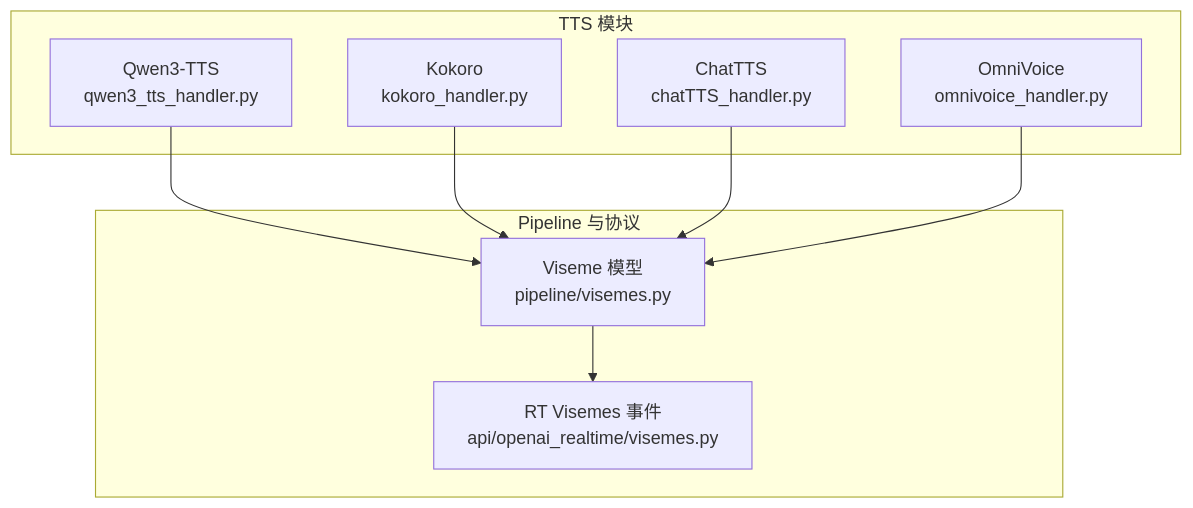
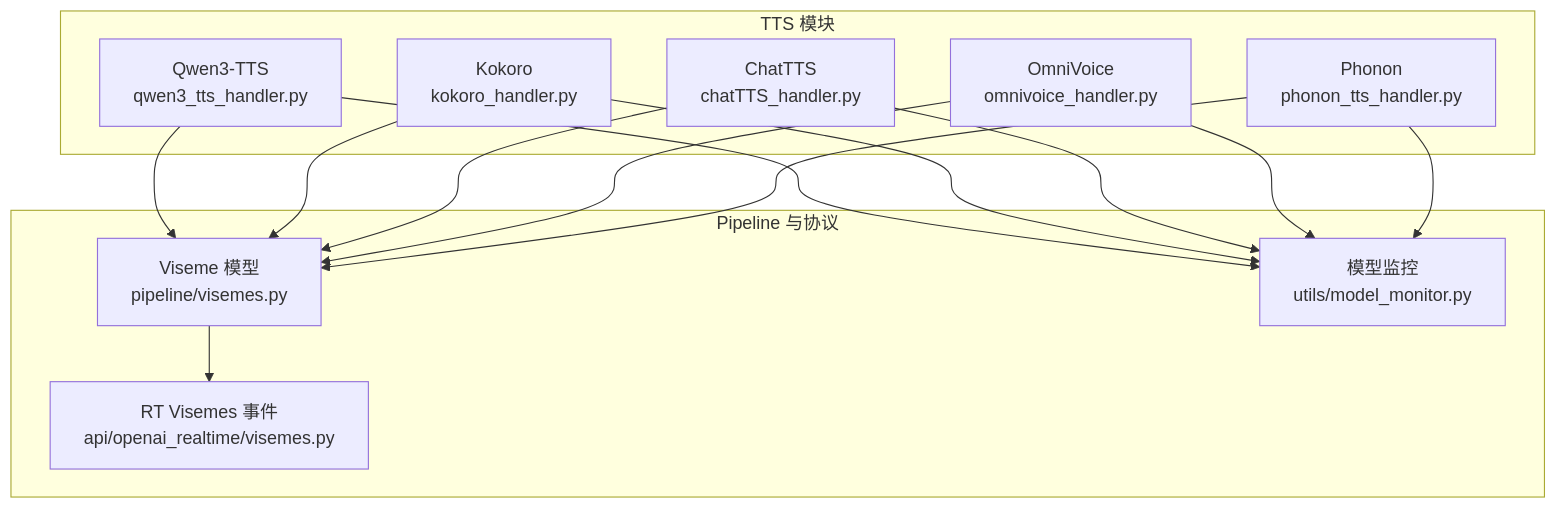
One commit to joezxh/speech-to-speech changed the first of 10 diagrams in .qoder/repowiki/zh/content/文字转语音 (TTS)/文字转语音 (TTS).md. Above: the diagram before and after it, drawn with Mermaid. The commit also changed other lines of this file and 1743 other files, not shown here.

````diff
--- a/.qoder/repowiki/zh/content/文字转语音 (TTS)/文字转语音 (TTS).md
+++ b/.qoder/repowiki/zh/content/文字转语音 (TTS)/文字转语音 (TTS).md
@@ -32,18 +44,26 @@
 ```mermaid
 graph TB
 subgraph "TTS 模块"
 Q3["Qwen3-TTS<br/>qwen3_tts_handler.py"]
 KOK["Kokoro<br/>kokoro_handler.py"]
 CHAT["ChatTTS<br/>chatTTS_handler.py"]
 OMNI["OmniVoice<br/>omnivoice_handler.py"]
+PHONON["Phonon<br/>phonon_tts_handler.py"]
 end
 subgraph "Pipeline 与协议"
 VIS["Viseme 模型<br/>pipeline/visemes.py"]
 RVIS["RT Visemes 事件<br/>api/openai_realtime/visemes.py"]
+MON["模型监控<br/>utils/model_monitor.py"]
 end
 Q3 --> VIS
 KOK --> VIS
 CHAT --> VIS
 OMNI --> VIS
+PHONON --> VIS
 VIS --> RVIS
+Q3 --> MON
+KOK --> MON
+CHAT --> MON
+OMNI --> MON
+PHONON --> MON
 ```
````
